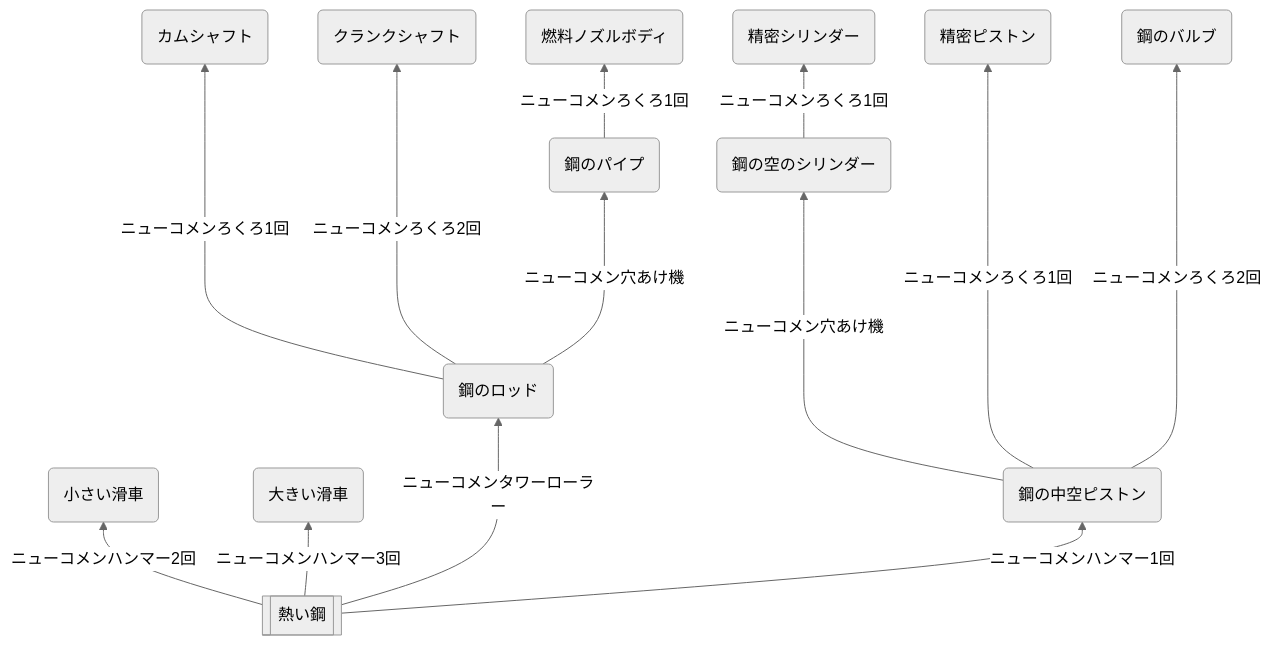
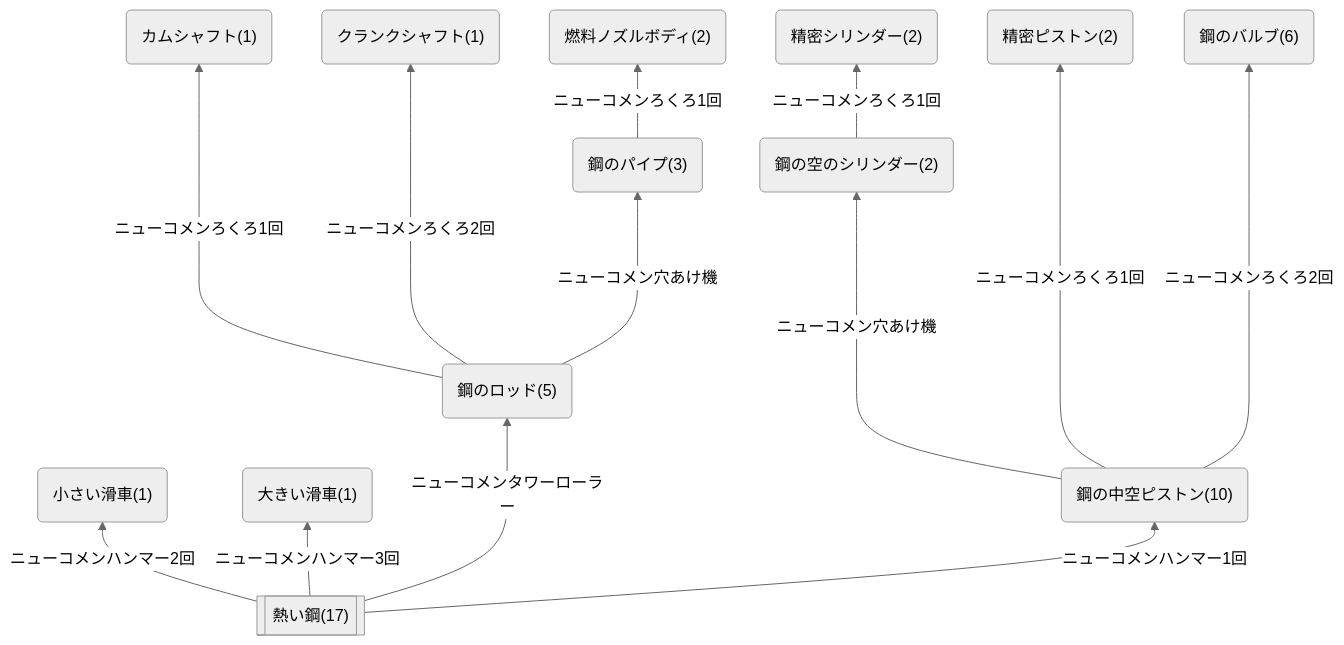
One commit to aya-0p/yah-craft-recipe changed the diagram in Engine-parts.md. Above: the diagram before and after it, drawn with Mermaid (neutral theme). The commit also changed other lines of this file, not shown here.

````diff
--- a/Engine-parts.md
+++ b/Engine-parts.md
@@ -2,29 +3,29 @@
 ```mermaid
 flowchart BT
-aa[[熱い鋼]]
+aa[["熱い鋼(17)"]]
 
 
-aa --->|ニューコメンタワーローラー| ba(鋼のロッド)
+aa --->|ニューコメンタワーローラー| ba("鋼のロッド(5)")
 
-aa -->|ニューコメンハンマー2回| bf(小さい滑車)
-aa -->|ニューコメンハンマー3回| bg(大きい滑車)
-aa -->|ニューコメンハンマー1回| be(鋼の中空ピストン)
+aa -->|ニューコメンハンマー2回| bf("小さい滑車(1)")
+aa -->|ニューコメンハンマー3回| bg("大きい滑車(1)")
+aa -->|ニューコメンハンマー1回| be("鋼の中空ピストン(10)")
 
 
-ba ---->|ニューコメンろくろ1回| bc(カムシャフト)
-ba ---->|ニューコメンろくろ2回| bd(クランクシャフト)
+ba ---->|ニューコメンろくろ1回| bc("カムシャフト(1)")
+ba ---->|ニューコメンろくろ2回| bd("クランクシャフト(1)")
 
-ba --->|ニューコメン穴あけ機| bb(鋼のパイプ)
-bb -->|ニューコメンろくろ1回| bj(燃料ノズルボディ)
+ba --->|ニューコメン穴あけ機| bb("鋼のパイプ(3)")
+bb -->|ニューコメンろくろ1回| bj("燃料ノズルボディ(2)")
 
-bh -->|ニューコメンろくろ1回| bi(精密シリンダー)
+bh -->|ニューコメンろくろ1回| bi("精密シリンダー(2)")
 
-be ---->|ニューコメン穴あけ機| bh(鋼の空のシリンダー)
-be ----->|ニューコメンろくろ1回| bk(精密ピストン)
-be ----->|ニューコメンろくろ2回| bl(鋼のバルブ)
+be ---->|ニューコメン穴あけ機| bh("鋼の空のシリンダー(2)")
+be ----->|ニューコメンろくろ1回| bk("精密ピストン(2)")
+be ----->|ニューコメンろくろ2回| bl("鋼のバルブ(6)")
 
 
 
 
 
 ```
````
